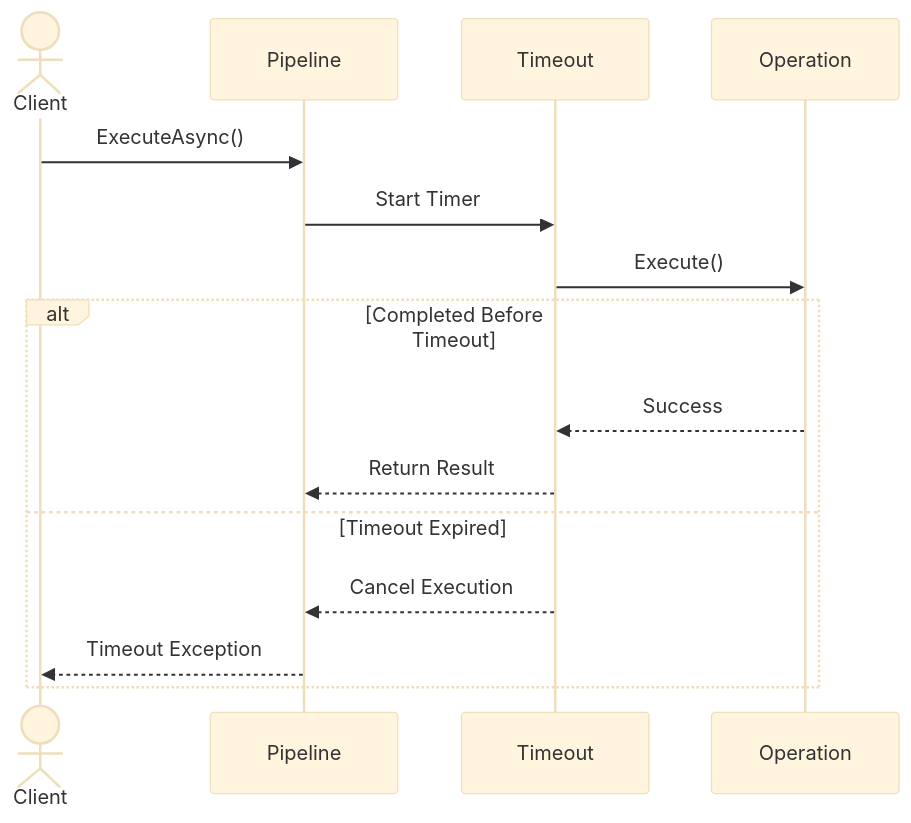
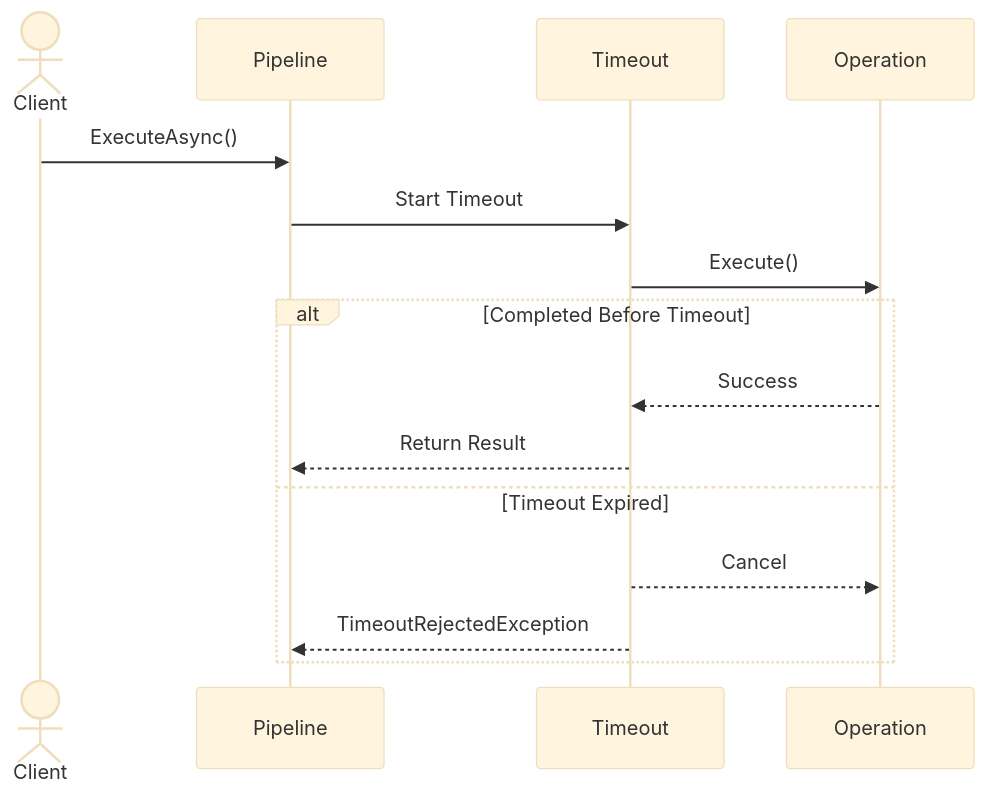
Before and after one commit to FEDERIN/CoreSystem: the diagram in docs/Resilience/Timeout.md, drawn with Mermaid (base theme). The commit also changed other lines of this file and 44 other files, not shown here.

````diff
--- a/docs/Resilience/Timeout.md
+++ b/docs/Resilience/Timeout.md
@@ -67,31 +67,31 @@
 ```mermaid
 sequenceDiagram
 
 actor Client
 
 participant Pipeline
 
 participant Timeout
 
 participant Operation
 
 Client->>Pipeline: ExecuteAsync()
 
-Pipeline->>Timeout: Start Timer
+Pipeline->>Timeout: Start Timeout
 
 Timeout->>Operation: Execute()
 
 alt Completed Before Timeout
 
 Operation-->>Timeout: Success
 
 Timeout-->>Pipeline: Return Result
 
 else Timeout Expired
 
-Timeout-->>Pipeline: Cancel Execution
+Timeout-->>Operation: Cancel
 
-Pipeline-->>Client: Timeout Exception
+Timeout-->>Pipeline: TimeoutRejectedException
 
 end
 ```
````
